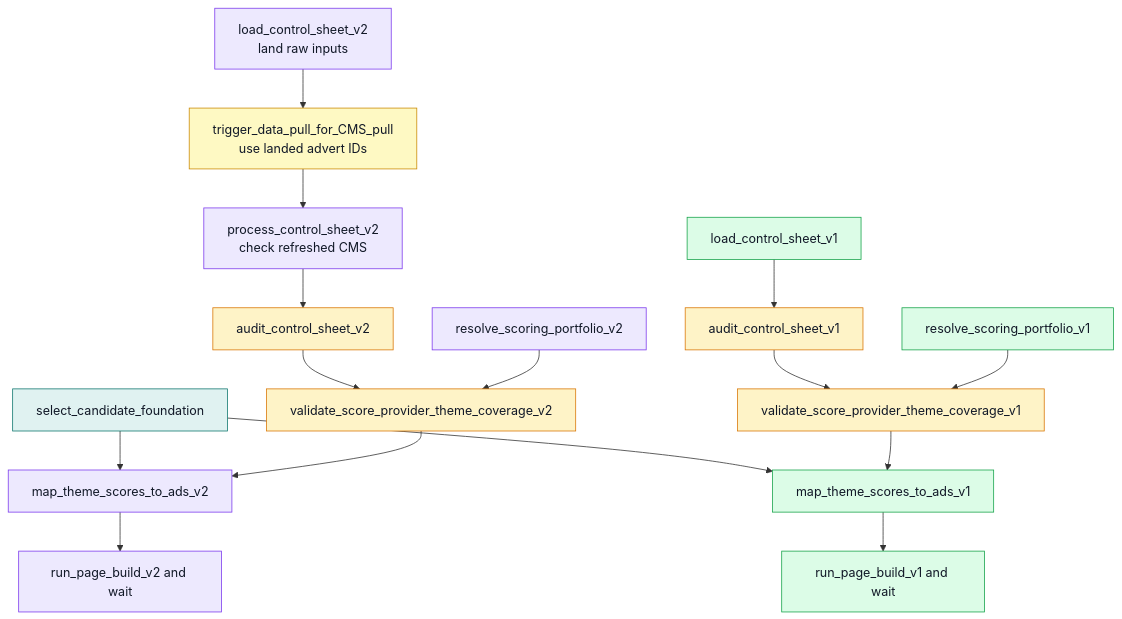
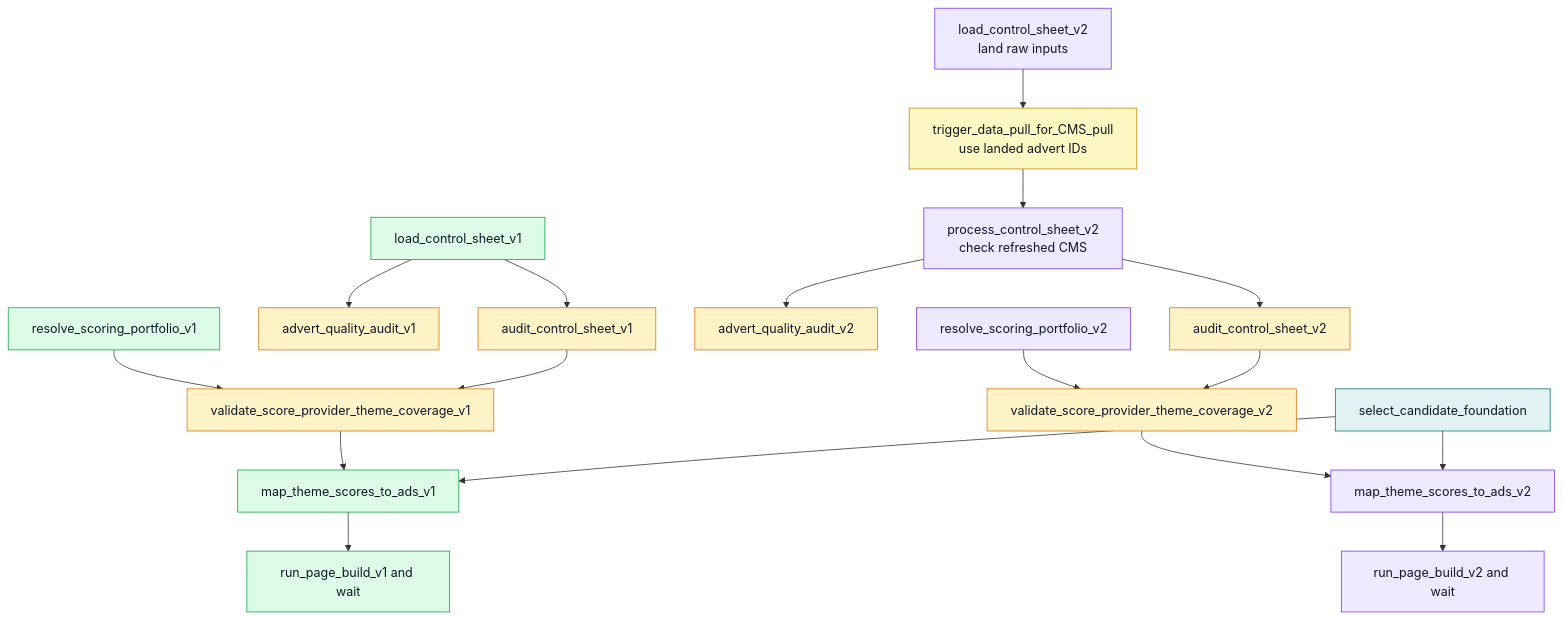
One commit to swblain-glyndwr/personal_project changed the second of 2 diagrams in docs/architecture/v1_v2_parallel_route.md. Above: the diagram before and after it, drawn with Mermaid. The commit also changed other lines of this file, not shown here.

Commit message:
docs update for advert audit steps

````diff
--- a/docs/architecture/v1_v2_parallel_route.md
+++ b/docs/architecture/v1_v2_parallel_route.md
@@ -92,33 +92,39 @@
 ```mermaid
 flowchart TD
   classDef shared fill:#e0f2f1,stroke:#0f766e,color:#111827
   classDef v1 fill:#dcfce7,stroke:#16a34a,color:#111827
   classDef v2 fill:#ede9fe,stroke:#7c3aed,color:#111827
   classDef guard fill:#fef3c7,stroke:#d97706,color:#111827
   classDef external fill:#fef9c3,stroke:#ca8a04,color:#111827
 
   FOUNDATION["select_candidate_foundation"]:::shared
   LOAD_V1["load_control_sheet_v1"]:::v1
   AUDIT_V1["audit_control_sheet_v1"]:::guard
+  ADVERT_QUALITY_AUDIT_V1["advert_quality_audit_v1"]:::guard
   LOAD_V2["load_control_sheet_v2<br/>land raw inputs"]:::v2
   CMS["trigger_data_pull_for_CMS_pull<br/>use landed advert IDs"]:::external
   PROCESS_V2["process_control_sheet_v2<br/>check refreshed CMS"]:::v2
   AUDIT_V2["audit_control_sheet_v2"]:::guard
+  ADVERT_QUALITY_AUDIT_V2["advert_quality_audit_v2"]:::guard
+
   SELECT_V1["resolve_scoring_portfolio_v1"]:::v1
   SELECT_V2["resolve_scoring_portfolio_v2"]:::v2
   COVER_V1["validate_score_provider_theme_coverage_v1"]:::guard
   COVER_V2["validate_score_provider_theme_coverage_v2"]:::guard
   MAP_V1["map_theme_scores_to_ads_v1"]:::v1
   MAP_V2["map_theme_scores_to_ads_v2"]:::v2
   PAGE_V1["run_page_build_v1 and wait"]:::v1
   PAGE_V2["run_page_build_v2 and wait"]:::v2
 
+  
   LOAD_V1 --> AUDIT_V1 --> COVER_V1
+  LOAD_V1 --> ADVERT_QUALITY_AUDIT_V1
   SELECT_V1 --> COVER_V1
   LOAD_V2 --> CMS --> PROCESS_V2 --> AUDIT_V2 --> COVER_V2
+  PROCESS_V2 --> ADVERT_QUALITY_AUDIT_V2 
   SELECT_V2 --> COVER_V2
   FOUNDATION --> MAP_V1
   FOUNDATION --> MAP_V2
   COVER_V1 --> MAP_V1 --> PAGE_V1
   COVER_V2 --> MAP_V2 --> PAGE_V2
 ```
````
